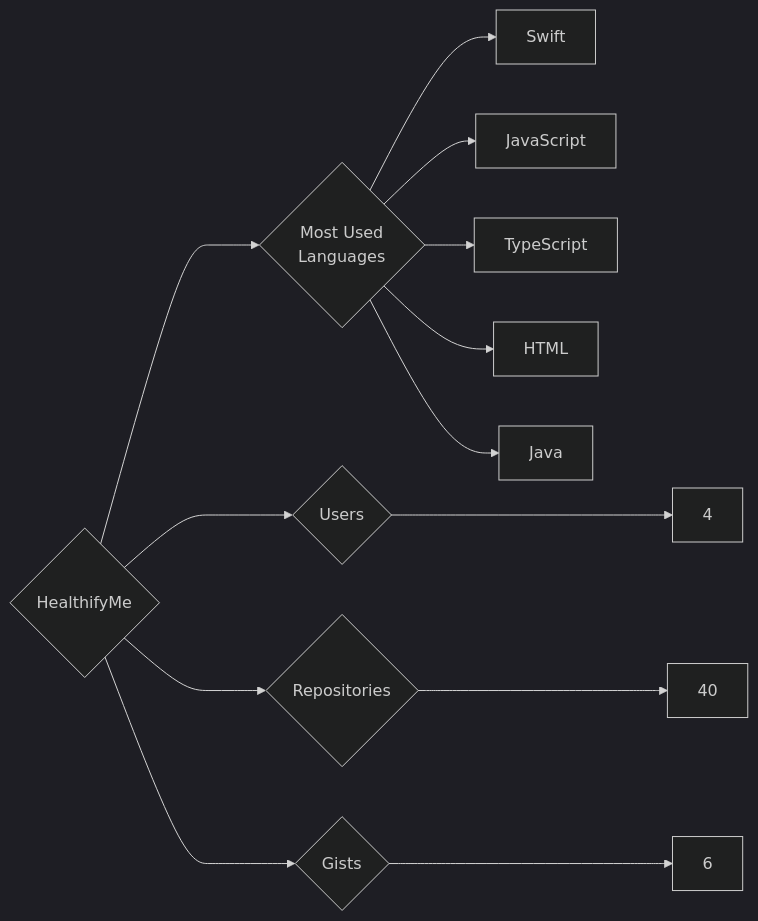
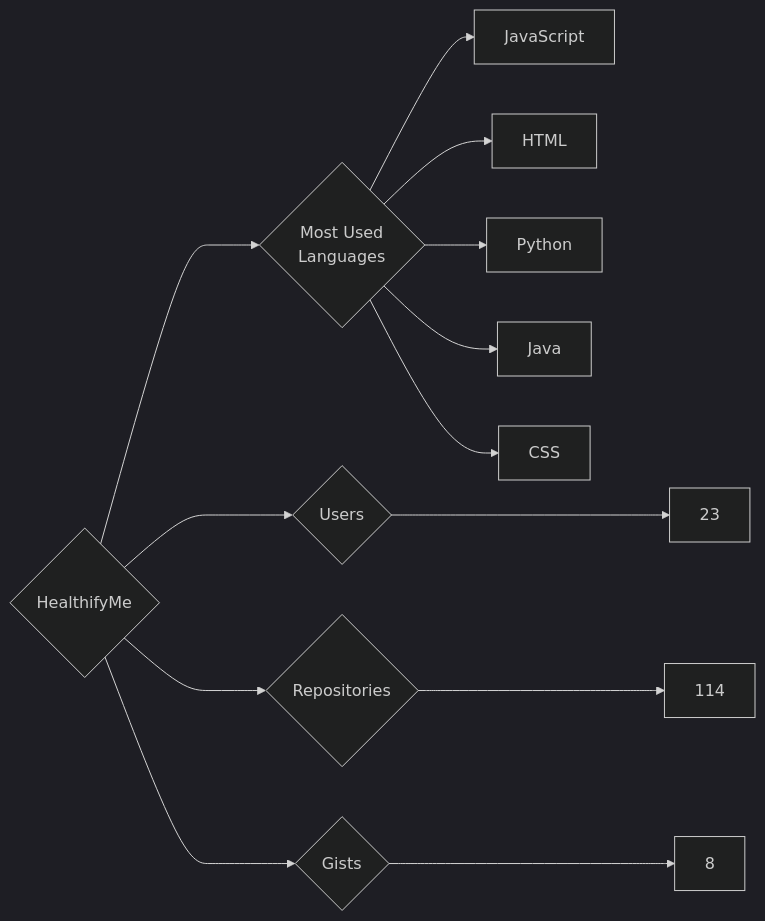
Before and after one commit to trickest/insiders: the diagram in targets/HealthifyMe/README.md, drawn with Mermaid (dark theme). The commit also changed 594 other files, not shown here.

````diff
--- a/targets/HealthifyMe/README.md
+++ b/targets/HealthifyMe/README.md
@@ -3,13 +3,13 @@
 ```mermaid
 graph LR
 COMPANY_NAME{HealthifyMe}
-COMPANY_NAME ---> U{Users} ---> UN[4]
-COMPANY_NAME ---> R{Repositories} ---> RN[40]
-COMPANY_NAME ---> G{Gists} ---> GN[6]
+COMPANY_NAME ---> U{Users} ---> UN[23]
+COMPANY_NAME ---> R{Repositories} ---> RN[114]
+COMPANY_NAME ---> G{Gists} ---> GN[8]
 COMPANY_NAME ---> ML{Most Used<br>Languages}
-ML --> Swift[Swift]
 ML --> JavaScript[JavaScript]
-ML --> TypeScript[TypeScript]
 ML --> HTML[HTML]
+ML --> Python[Python]
 ML --> Java[Java]
+ML --> CSS[CSS]
 ```
````
